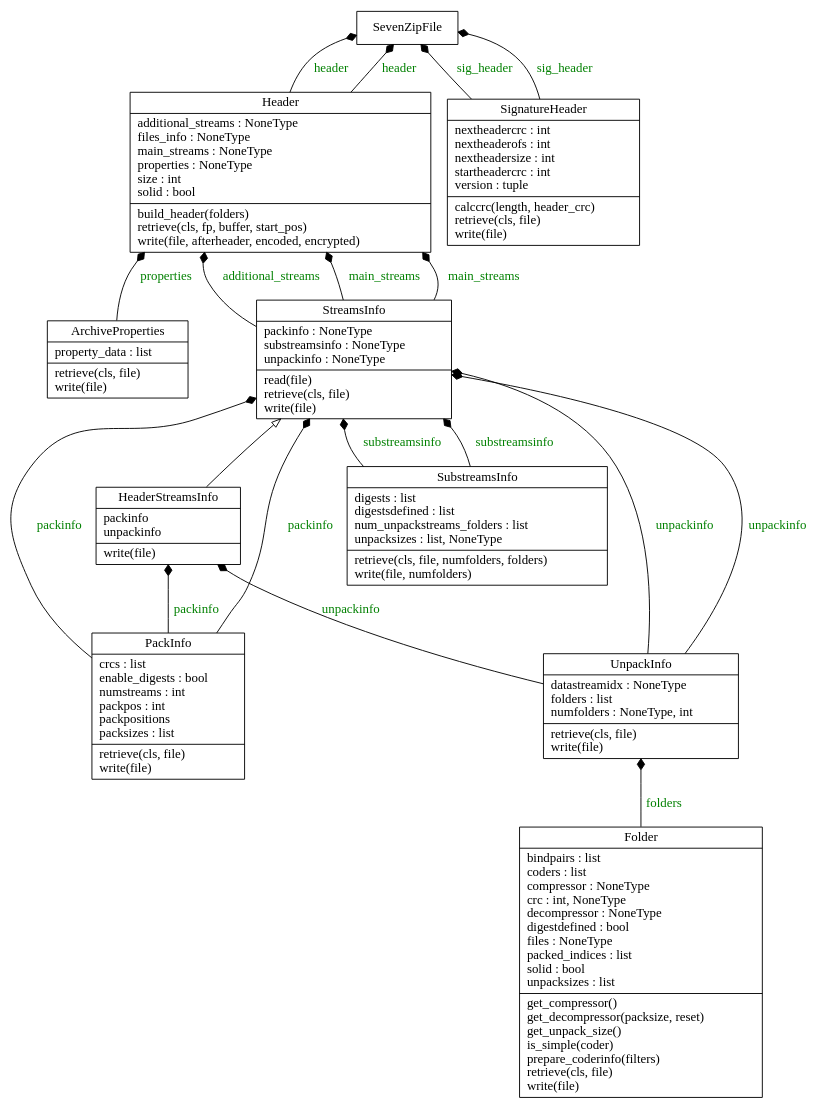
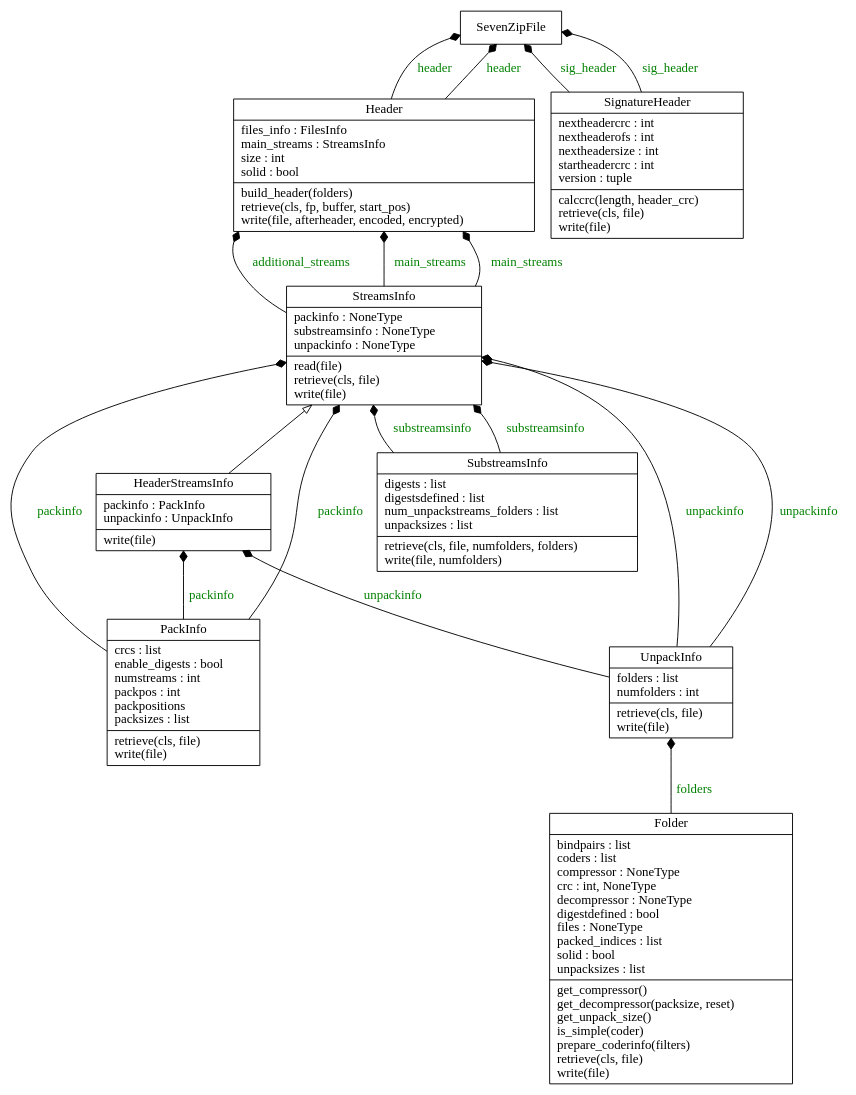
The diagram in docs/diagrams/header_classes.dot (miurahr/py7zr), drawn with Graphviz before and after one commit. The commit also changed 10 other files, not shown here.

```diff
--- a/docs/diagrams/header_classes.dot
+++ b/docs/diagrams/header_classes.dot
@@ -1,32 +1,30 @@
 digraph "classes" {
 charset="utf-8"
 rankdir=BT
-"8" [label="{ArchiveProperties|property_data : list\l|retrieve(cls, file)\lwrite(file)\l}", shape="record"];
 "33" [label="{Folder|bindpairs : list\lcoders : list\lcompressor : NoneType\lcrc : int, NoneType\ldecompressor : NoneType\ldigestdefined : bool\lfiles : NoneType\lpacked_indices : list\lsolid : bool\lunpacksizes : list\l|get_compressor()\lget_decompressor(packsize, reset)\lget_unpack_size()\lis_simple(coder)\lprepare_coderinfo(filters)\lretrieve(cls, file)\lwrite(file)\l}", shape="record"];
-"34" [label="{Header|additional_streams : NoneType\lfiles_info : NoneType\lmain_streams : NoneType\lproperties : NoneType\lsize : int\lsolid : bool\l|build_header(folders)\lretrieve(cls, fp, buffer, start_pos)\lwrite(file, afterheader, encoded, encrypted)\l}", shape="record"];
-"35" [label="{HeaderStreamsInfo|packinfo\lunpackinfo\l|write(file)\l}", shape="record"];
+"34" [label="{Header|files_info : FilesInfo\lmain_streams : StreamsInfo\lsize : int\lsolid : bool\l|build_header(folders)\lretrieve(cls, fp, buffer, start_pos)\lwrite(file, afterheader, encoded, encrypted)\l}", shape="record"];
+"35" [label="{HeaderStreamsInfo|packinfo : PackInfo\lunpackinfo : UnpackInfo\l|write(file)\l}", shape="record"];
 "45" [label="{PackInfo|crcs : list\lenable_digests : bool\lnumstreams : int\lpackpos : int\lpackpositions\lpacksizes : list\l|retrieve(cls, file)\lwrite(file)\l}", shape="record"];
 "55" [label="{SevenZipFile}", shape="record"];
 "56" [label="{SignatureHeader|nextheadercrc : int\lnextheaderofs : int\lnextheadersize : int\lstartheadercrc : int\lversion : tuple\l|calccrc(length, header_crc)\lretrieve(cls, file)\lwrite(file)\l}", shape="record"];
 "57" [label="{StreamsInfo|packinfo : NoneType\lsubstreamsinfo : NoneType\lunpackinfo : NoneType\l|read(file)\lretrieve(cls, file)\lwrite(file)\l}", shape="record"];
-"58" [label="{SubstreamsInfo|digests : list\ldigestsdefined : list\lnum_unpackstreams_folders : list\lunpacksizes : list, NoneType\l|retrieve(cls, file, numfolders, folders)\lwrite(file, numfolders)\l}", shape="record"];
-"64" [label="{UnpackInfo|datastreamidx : NoneType\lfolders : list\lnumfolders : NoneType, int\l|retrieve(cls, file)\lwrite(file)\l}", shape="record"];
+"58" [label="{SubstreamsInfo|digests : list\ldigestsdefined : list\lnum_unpackstreams_folders : list\lunpacksizes : list\l|retrieve(cls, file, numfolders, folders)\lwrite(file, numfolders)\l}", shape="record"];
+"64" [label="{UnpackInfo|folders : list\lnumfolders : int\l|retrieve(cls, file)\lwrite(file)\l}", shape="record"];
 "35" -> "57" [arrowhead="empty", arrowtail="none"];
-"8" -> "34" [arrowhead="diamond", arrowtail="none", fontcolor="green", label="properties", style="solid"];
 "33" -> "64" [arrowhead="diamond", arrowtail="none", fontcolor="green", label="folders", style="solid"];
 "34" -> "55" [arrowhead="diamond", arrowtail="none", fontcolor="green", label="header", style="solid"];
 "34" -> "55" [arrowhead="diamond", arrowtail="none", fontcolor="green", label="header", style="solid"];
 "45" -> "35" [arrowhead="diamond", arrowtail="none", fontcolor="green", label="packinfo", style="solid"];
 "45" -> "57" [arrowhead="diamond", arrowtail="none", fontcolor="green", label="packinfo", style="solid"];
 "45" -> "57" [arrowhead="diamond", arrowtail="none", fontcolor="green", label="packinfo", style="solid"];
 "56" -> "55" [arrowhead="diamond", arrowtail="none", fontcolor="green", label="sig_header", style="solid"];
 "56" -> "55" [arrowhead="diamond", arrowtail="none", fontcolor="green", label="sig_header", style="solid"];
 "57" -> "34" [arrowhead="diamond", arrowtail="none", fontcolor="green", label="additional_streams", style="solid"];
 "57" -> "34" [arrowhead="diamond", arrowtail="none", fontcolor="green", label="main_streams", style="solid"];
 "57" -> "34" [arrowhead="diamond", arrowtail="none", fontcolor="green", label="main_streams", style="solid"];
 "58" -> "57" [arrowhead="diamond", arrowtail="none", fontcolor="green", label="substreamsinfo", style="solid"];
 "58" -> "57" [arrowhead="diamond", arrowtail="none", fontcolor="green", label="substreamsinfo", style="solid"];
 "64" -> "35" [arrowhead="diamond", arrowtail="none", fontcolor="green", label="unpackinfo", style="solid"];
 "64" -> "57" [arrowhead="diamond", arrowtail="none", fontcolor="green", label="unpackinfo", style="solid"];
 "64" -> "57" [arrowhead="diamond", arrowtail="none", fontcolor="green", label="unpackinfo", style="solid"];
 }
```
